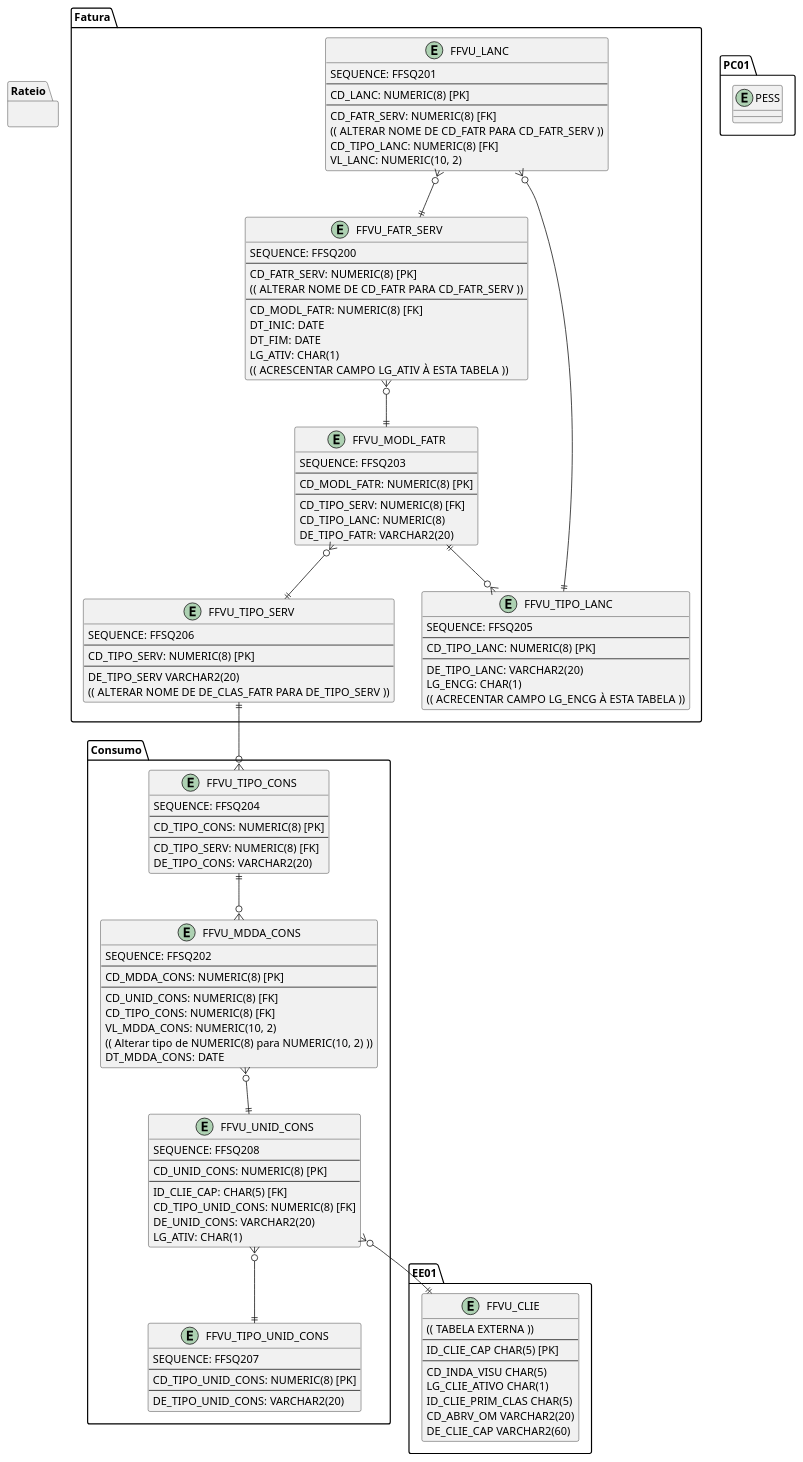
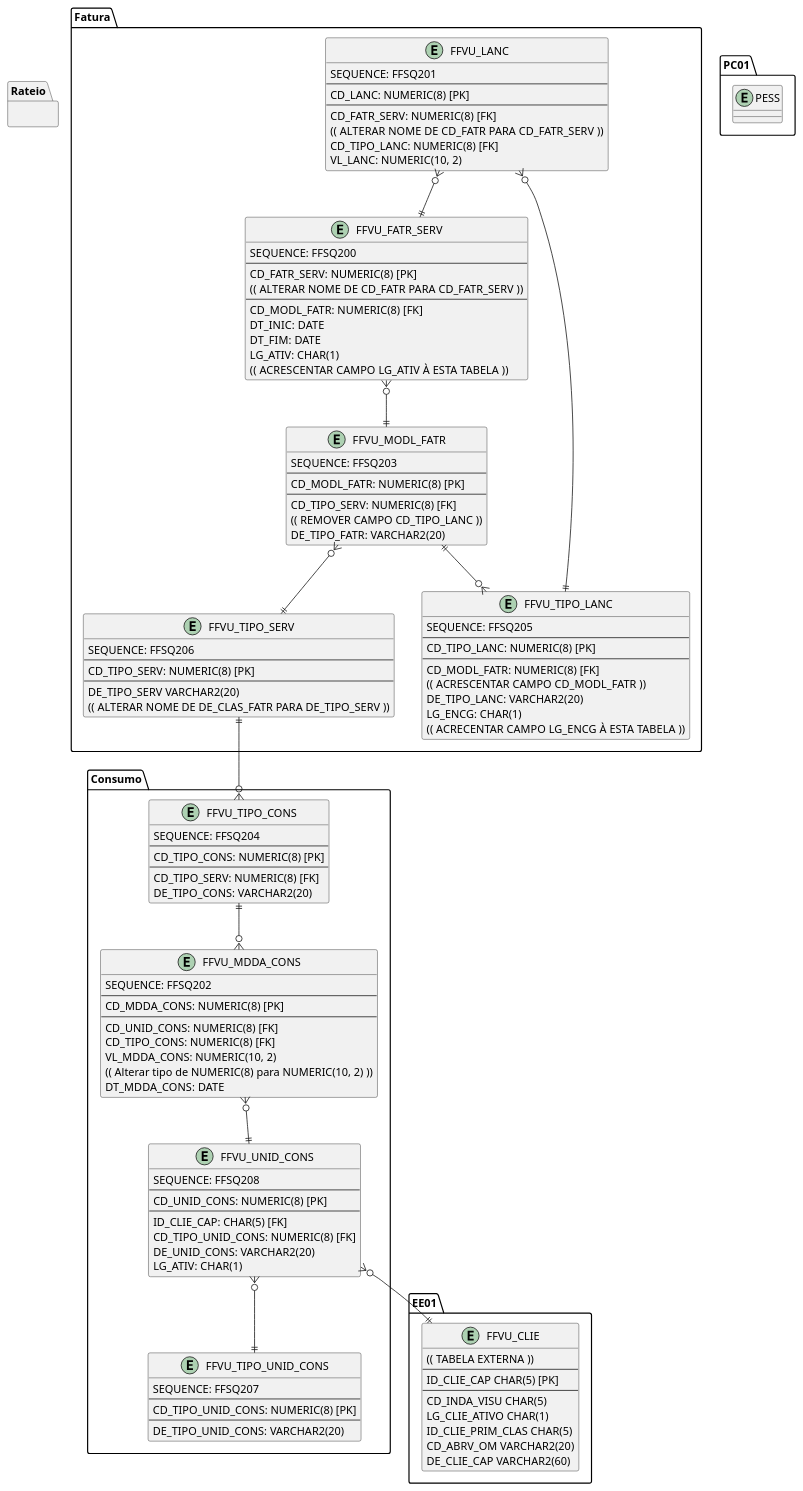
The diagram in docs/MER.wsd (adilsonoj/ff02), drawn with PlantUML before and after one commit.

```diff
--- a/docs/MER.wsd
+++ b/docs/MER.wsd
@@ -1,144 +1,146 @@
 @startuml
 
 package Fatura {
 
     entity FFVU_LANC {
         SEQUENCE: FFSQ201
         ---
         CD_LANC: NUMERIC(8) [PK]
         --
         CD_FATR_SERV: NUMERIC(8) [FK]
         (( ALTERAR NOME DE CD_FATR PARA CD_FATR_SERV ))
         CD_TIPO_LANC: NUMERIC(8) [FK]
         VL_LANC: NUMERIC(10, 2) 
     }
 
     entity FFVU_FATR_SERV {
         SEQUENCE: FFSQ200
         ---
         CD_FATR_SERV: NUMERIC(8) [PK]
         (( ALTERAR NOME DE CD_FATR PARA CD_FATR_SERV ))
         --
         CD_MODL_FATR: NUMERIC(8) [FK]
         DT_INIC: DATE
         DT_FIM: DATE
         LG_ATIV: CHAR(1)
         (( ACRESCENTAR CAMPO LG_ATIV À ESTA TABELA ))
     }
 
     entity FFVU_MODL_FATR {
         SEQUENCE: FFSQ203
         ---
         CD_MODL_FATR: NUMERIC(8) [PK]
         --
         CD_TIPO_SERV: NUMERIC(8) [FK]
-        CD_TIPO_LANC: NUMERIC(8)
+        (( REMOVER CAMPO CD_TIPO_LANC ))
         DE_TIPO_FATR: VARCHAR2(20)
     }
 
     entity FFVU_TIPO_LANC {
         SEQUENCE: FFSQ205
         ---
         CD_TIPO_LANC: NUMERIC(8) [PK]
         --
+        CD_MODL_FATR: NUMERIC(8) [FK]
+        (( ACRESCENTAR CAMPO CD_MODL_FATR ))
         DE_TIPO_LANC: VARCHAR2(20)
         LG_ENCG: CHAR(1)
         (( ACRECENTAR CAMPO LG_ENCG À ESTA TABELA ))
     }
 
     entity FFVU_TIPO_SERV {
         SEQUENCE: FFSQ206
         ---
         CD_TIPO_SERV: NUMERIC(8) [PK]
         --
         DE_TIPO_SERV VARCHAR2(20)
         (( ALTERAR NOME DE DE_CLAS_FATR PARA DE_TIPO_SERV ))
     }
 
 }
 
 package Consumo {
 
     entity FFVU_TIPO_CONS {
         SEQUENCE: FFSQ204
         ---
         CD_TIPO_CONS: NUMERIC(8) [PK]
         --
         CD_TIPO_SERV: NUMERIC(8) [FK]
         DE_TIPO_CONS: VARCHAR2(20)
     }
 
     entity FFVU_MDDA_CONS  {
         SEQUENCE: FFSQ202
         ---
         CD_MDDA_CONS: NUMERIC(8) [PK]
         ---
         CD_UNID_CONS: NUMERIC(8) [FK]
         CD_TIPO_CONS: NUMERIC(8) [FK]
         VL_MDDA_CONS: NUMERIC(10, 2)
         (( Alterar tipo de NUMERIC(8) para NUMERIC(10, 2) ))
         DT_MDDA_CONS: DATE
     }
 
     entity FFVU_UNID_CONS {
         SEQUENCE: FFSQ208
         ---
         CD_UNID_CONS: NUMERIC(8) [PK]
         ---
         ID_CLIE_CAP: CHAR(5) [FK]
         CD_TIPO_UNID_CONS: NUMERIC(8) [FK]
         DE_UNID_CONS: VARCHAR2(20)
         LG_ATIV: CHAR(1)
     }
 
     entity FFVU_TIPO_UNID_CONS {
         SEQUENCE: FFSQ207
         ---
         CD_TIPO_UNID_CONS: NUMERIC(8) [PK]
         ---
         DE_TIPO_UNID_CONS: VARCHAR2(20)
     }
 
 }
 
 package EE01{
 
     entity FFVU_CLIE {
         (( TABELA EXTERNA ))
         ---
         ID_CLIE_CAP CHAR(5) [PK]
         --
         CD_INDA_VISU CHAR(5)
         LG_CLIE_ATIVO CHAR(1)
         ID_CLIE_PRIM_CLAS CHAR(5)
         CD_ABRV_OM VARCHAR2(20)
         DE_CLIE_CAP VARCHAR2(60)
     }
 
 }
 
 package Rateio{
 
 }
 
 package PC01{
 
     entity PESS{
     }
     
 }
 
 'RELACIONAMENTOS
 
 FFVU_LANC }o--|| FFVU_FATR_SERV
 FFVU_LANC }o--|| FFVU_TIPO_LANC
 FFVU_FATR_SERV }o--|| FFVU_MODL_FATR
 FFVU_MODL_FATR }o--|| FFVU_TIPO_SERV
 FFVU_TIPO_SERV ||--o{ FFVU_TIPO_CONS
 FFVU_TIPO_CONS ||--o{ FFVU_MDDA_CONS
 FFVU_MDDA_CONS }o--|| FFVU_UNID_CONS
 FFVU_UNID_CONS }o--|| FFVU_TIPO_UNID_CONS
 FFVU_UNID_CONS }o--|| FFVU_CLIE
 FFVU_MODL_FATR ||--o{ FFVU_TIPO_LANC
 
 @enduml
```
